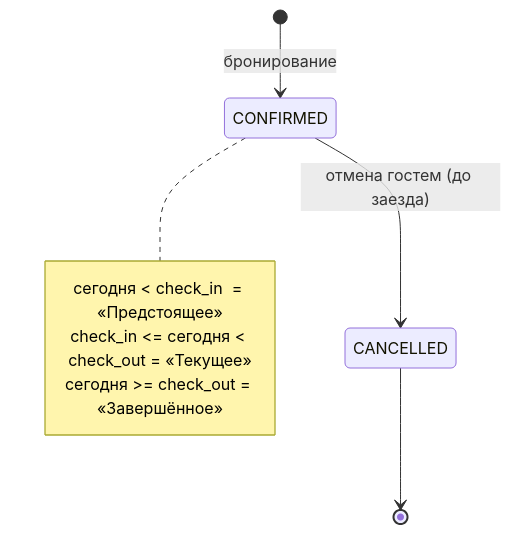
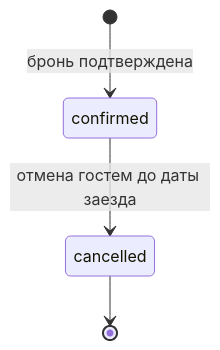
Before and after one commit to Murodzon/staybook: the sixth of 9 diagrams in Technical_Design.md, drawn with Mermaid. The commit also changed other lines of this file, not shown here.

````diff
--- a/Technical_Design.md
+++ b/Technical_Design.md
@@ -1458,11 +1056,6 @@
 ```mermaid
 stateDiagram-v2
-    [*] --> CONFIRMED : бронирование
-    CONFIRMED --> CANCELLED : отмена гостем (до заезда)
-    CANCELLED --> [*]
-    note right of CONFIRMED
-        сегодня < check_in  = «Предстоящее»
-        check_in <= сегодня < check_out = «Текущее»
-        сегодня >= check_out = «Завершённое»
-    end note
+    [*] --> confirmed : бронь подтверждена
+    confirmed --> cancelled : отмена гостем до даты заезда
+    cancelled --> [*]
 ```
````
